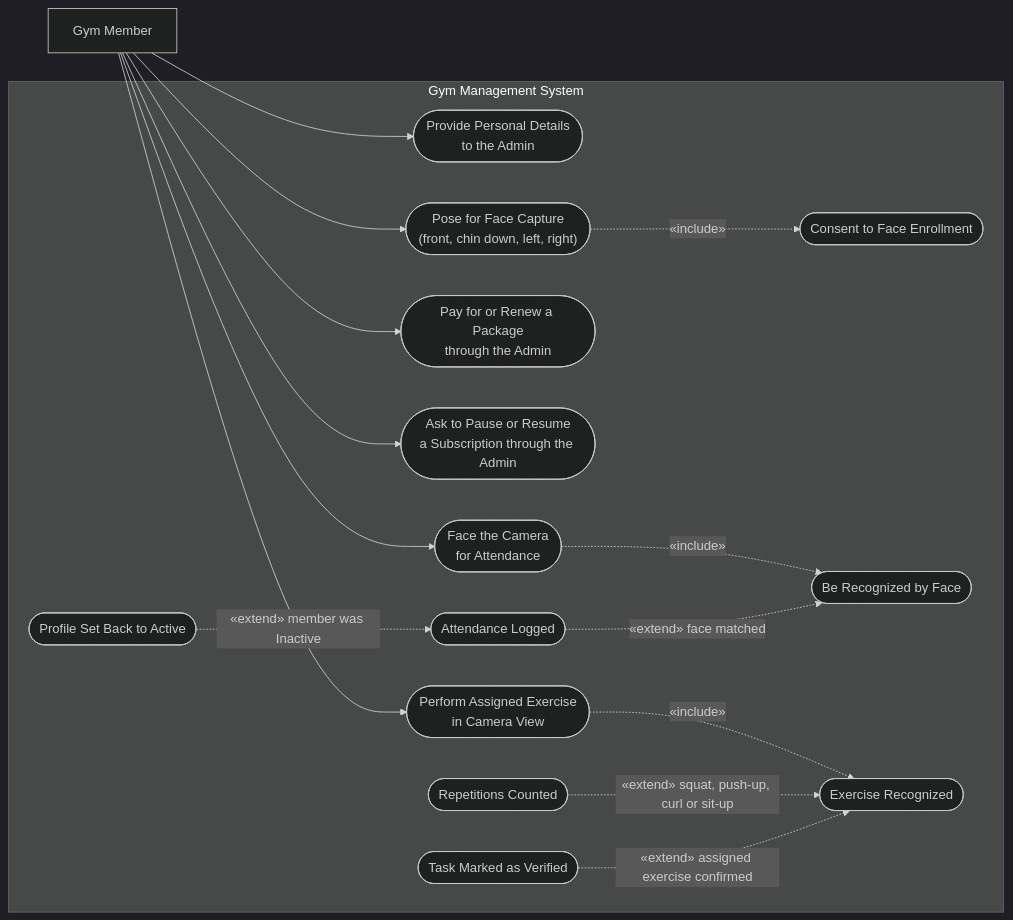
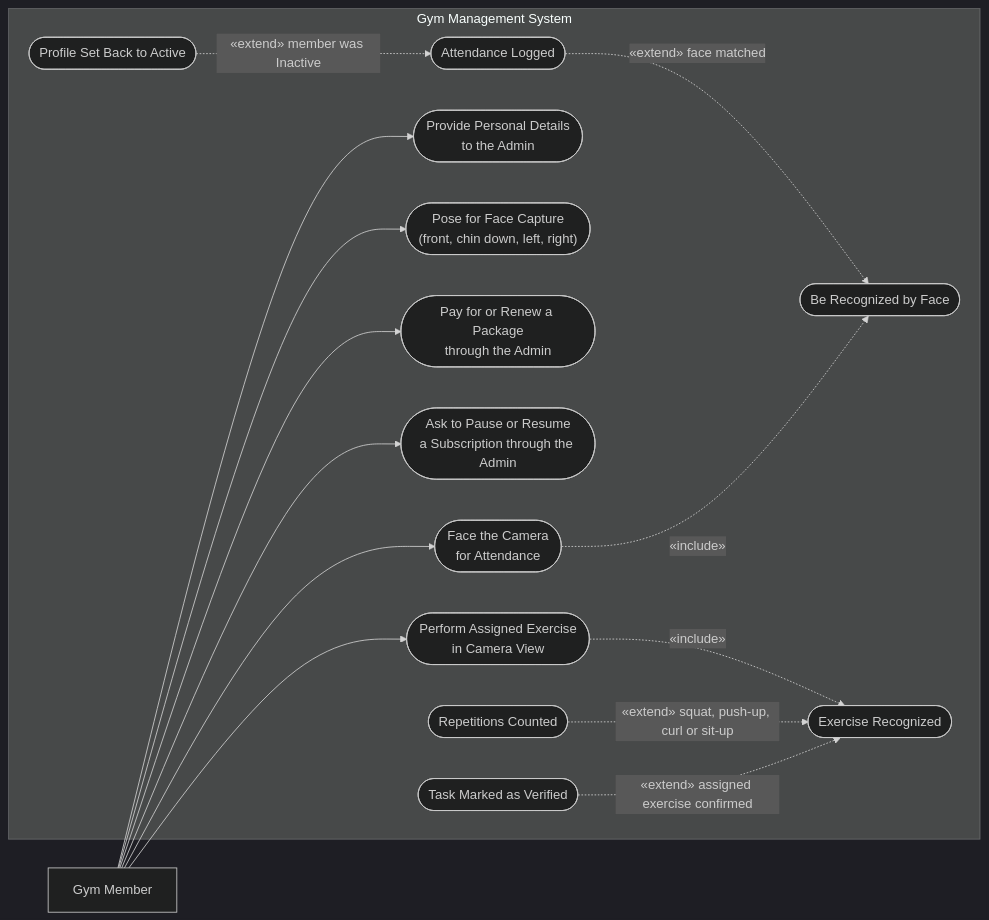
One commit to Plonteras191/GYM2-CAPSTONE changed the sixth of 9 diagrams in Updated Current Plan For Development/Chapter4_Diagrams (2).md. Above: the diagram before and after it, drawn with Mermaid (dark theme). The commit also changed other lines of this file and 73 other files, not shown here.

````diff
--- a/Updated Current Plan For Development/Chapter4_Diagrams (2).md
+++ b/Updated Current Plan For Development/Chapter4_Diagrams (2).md
@@ -426,37 +412,35 @@
 ```mermaid
 flowchart LR
     Member["Gym Member"]
 
     subgraph Boundary ["Gym Management System"]
         Info(["Provide Personal Details<br/>to the Admin"])
-        Consent(["Consent to Face Enrollment"])
         FacePose(["Pose for Face Capture<br/>(front, chin down, left, right)"])
         Pay(["Pay for or Renew a Package<br/>through the Admin"])
         PauseReq(["Ask to Pause or Resume<br/>a Subscription through the Admin"])
 
         Scan(["Face the Camera<br/>for Attendance"])
         Recog(["Be Recognized by Face"])
         Logged(["Attendance Logged"])
         Reactivated(["Profile Set Back to Active"])
 
         Exercise(["Perform Assigned Exercise<br/>in Camera View"])
         ExRecog(["Exercise Recognized"])
         Counted(["Repetitions Counted"])
         Verified(["Task Marked as Verified"])
 
-        FacePose -.->|"«include»"| Consent
         Scan -.->|"«include»"| Recog
         Logged -.->|"«extend» face matched"| Recog
         Reactivated -.->|"«extend» member was Inactive"| Logged
         Exercise -.->|"«include»"| ExRecog
         Counted -.->|"«extend» squat, push-up, curl or sit-up"| ExRecog
         Verified -.->|"«extend» assigned exercise confirmed"| ExRecog
     end
 
     Member --> Info
     Member --> FacePose
     Member --> Pay
     Member --> PauseReq
     Member --> Scan
     Member --> Exercise
 ```
````
